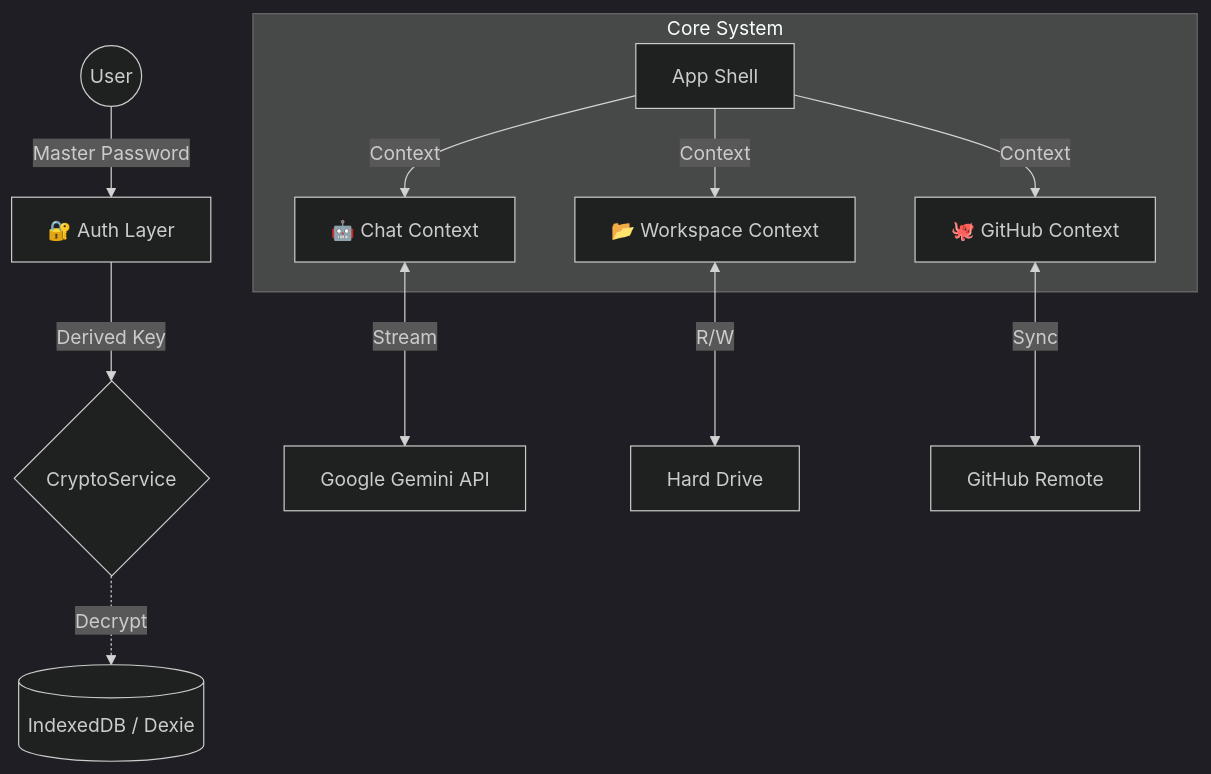
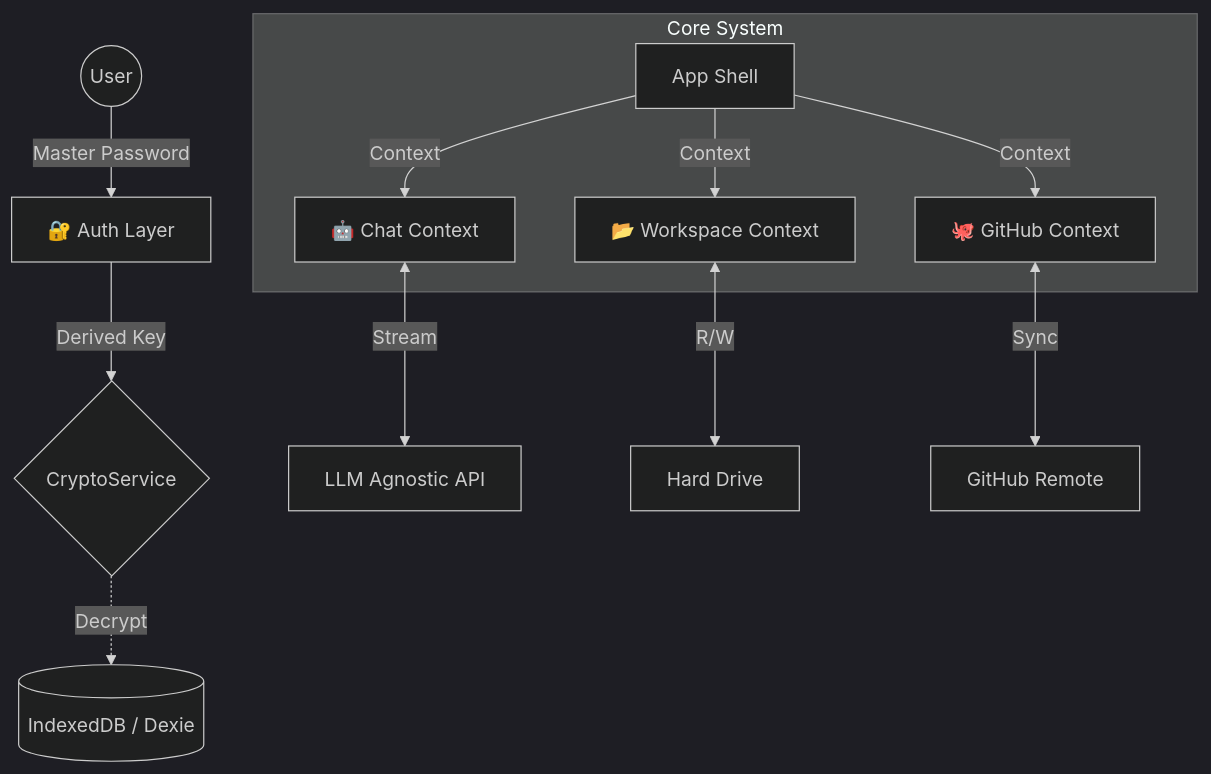
The diagram in README.md (rabelojunior81-collab/tessy-antigravity-rabelus-lab), drawn with Mermaid (dark theme) before and after one commit. The commit also changed other lines of this file and 12 other files, not shown here.

````diff
--- a/README.md
+++ b/README.md
@@ -26,16 +26,16 @@
 ```mermaid
 graph TD
     User((User)) -->|Master Password| AuthLayer[🔐 Auth Layer]
     AuthLayer -->|Derived Key| CryptoService{CryptoService}
     CryptoService .->|Decrypt| LocalDB[(IndexedDB / Dexie)]
     
     subgraph "Core System"
         App[App Shell] -->|Context| Chat[🤖 Chat Context]
         App -->|Context| FS[📂 Workspace Context]
         App -->|Context| Git[🐙 GitHub Context]
     end
 
-    Chat <-->|Stream| GeminiAPI[Google Gemini API]
+    Chat <-->|Stream| GeminiAPI[LLM Agnostic API]
     FS <-->|R/W| LocalFS[Hard Drive]
     Git <-->|Sync| GitHubAPI[GitHub Remote]
 ```
````
